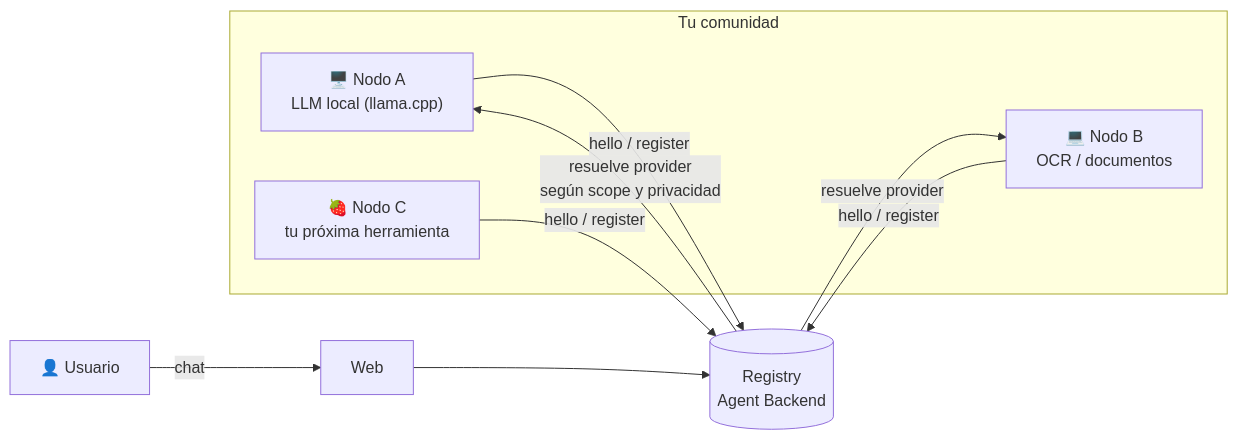
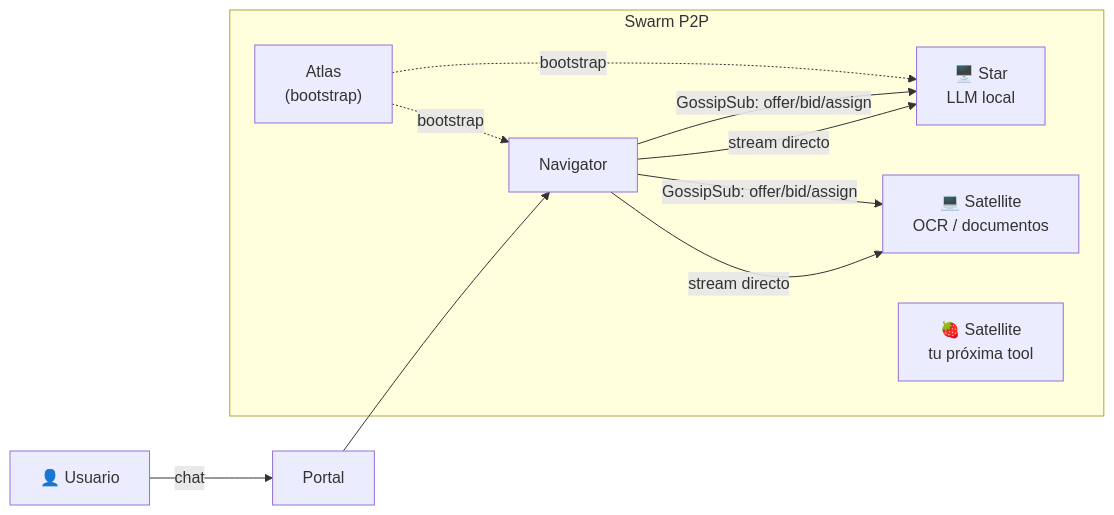
The diagram in site/index.md (rafex/galaxIA), drawn with Mermaid before and after one commit. The commit also changed other lines of this file and 25 other files, not shown here.

````diff
--- a/site/index.md
+++ b/site/index.md
@@ -53,15 +53,18 @@
   ```mermaid
   flowchart LR
-      subgraph Comunidad["Tu comunidad"]
-          N1["🖥️ Nodo A<br/>LLM local (llama.cpp)"]
-          N2["💻 Nodo B<br/>OCR / documentos"]
-          N3["🍓 Nodo C<br/>tu próxima herramienta"]
+      subgraph "Swarm P2P"
+          AT["Atlas\n(bootstrap)"]
+          N1["🖥️ Star\nLLM local"]
+          N2["💻 Satellite\nOCR / documentos"]
+          N3["🍓 Satellite\ntu próxima tool"]
+          NAV["Navigator"]
       end
-      N1 -- "hello / register" --> R[("Registry<br/>Agent Backend")]
-      N2 -- "hello / register" --> R
-      N3 -- "hello / register" --> R
-      U["👤 Usuario"] -- "chat" --> W["Web"]
-      W --> R
-      R -- "resuelve provider<br/>según scope y privacidad" --> N1
-      R -- "resuelve provider" --> N2
+      U["👤 Usuario"] -- "chat" --> W["Portal"]
+      W --> NAV
+      NAV -->|"GossipSub: offer/bid/assign"| N1
+      NAV -->|"stream directo"| N1
+      NAV -->|"GossipSub: offer/bid/assign"| N2
+      NAV -->|"stream directo"| N2
+      AT -.->|"bootstrap"| N1
+      AT -.->|"bootstrap"| NAV
   ```
````
